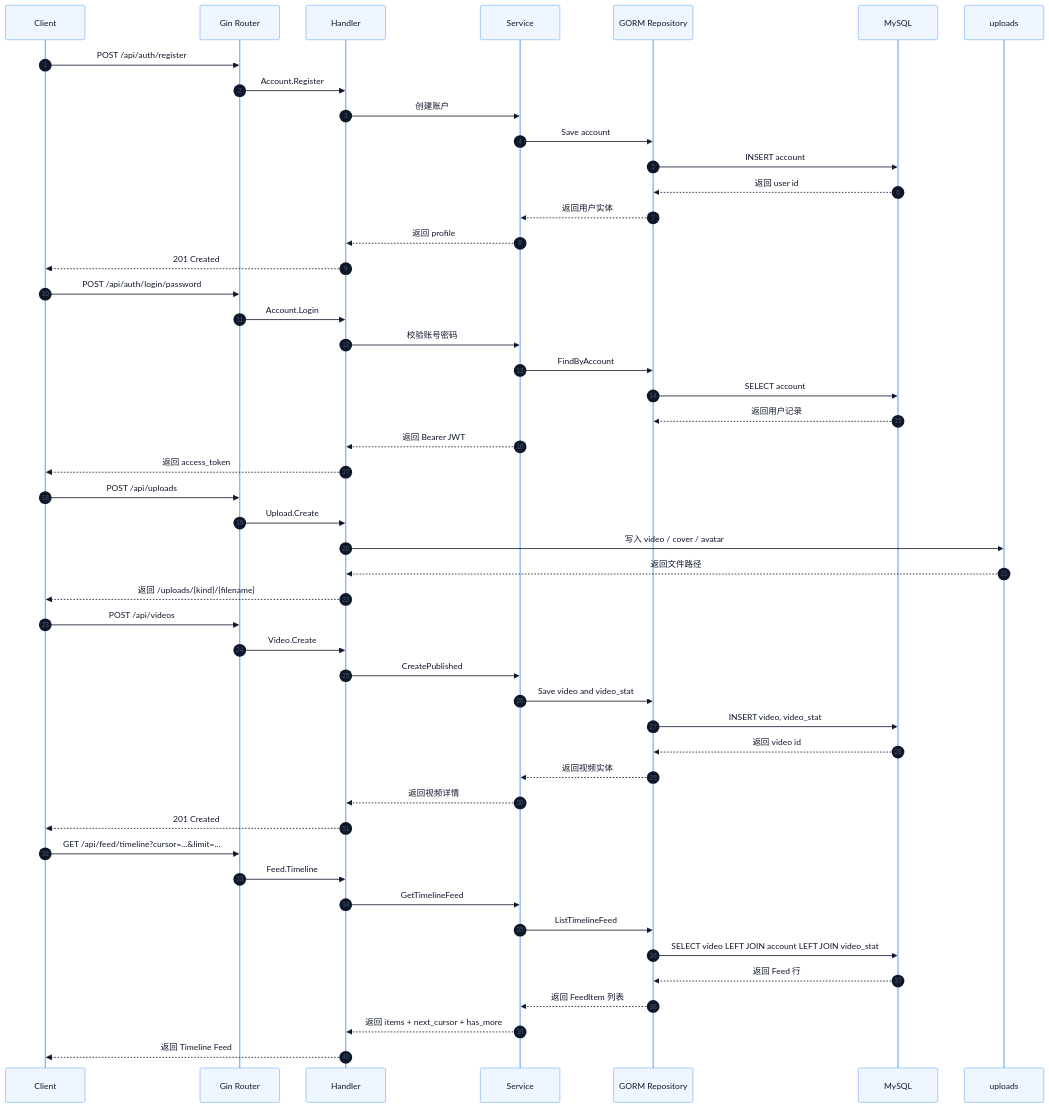
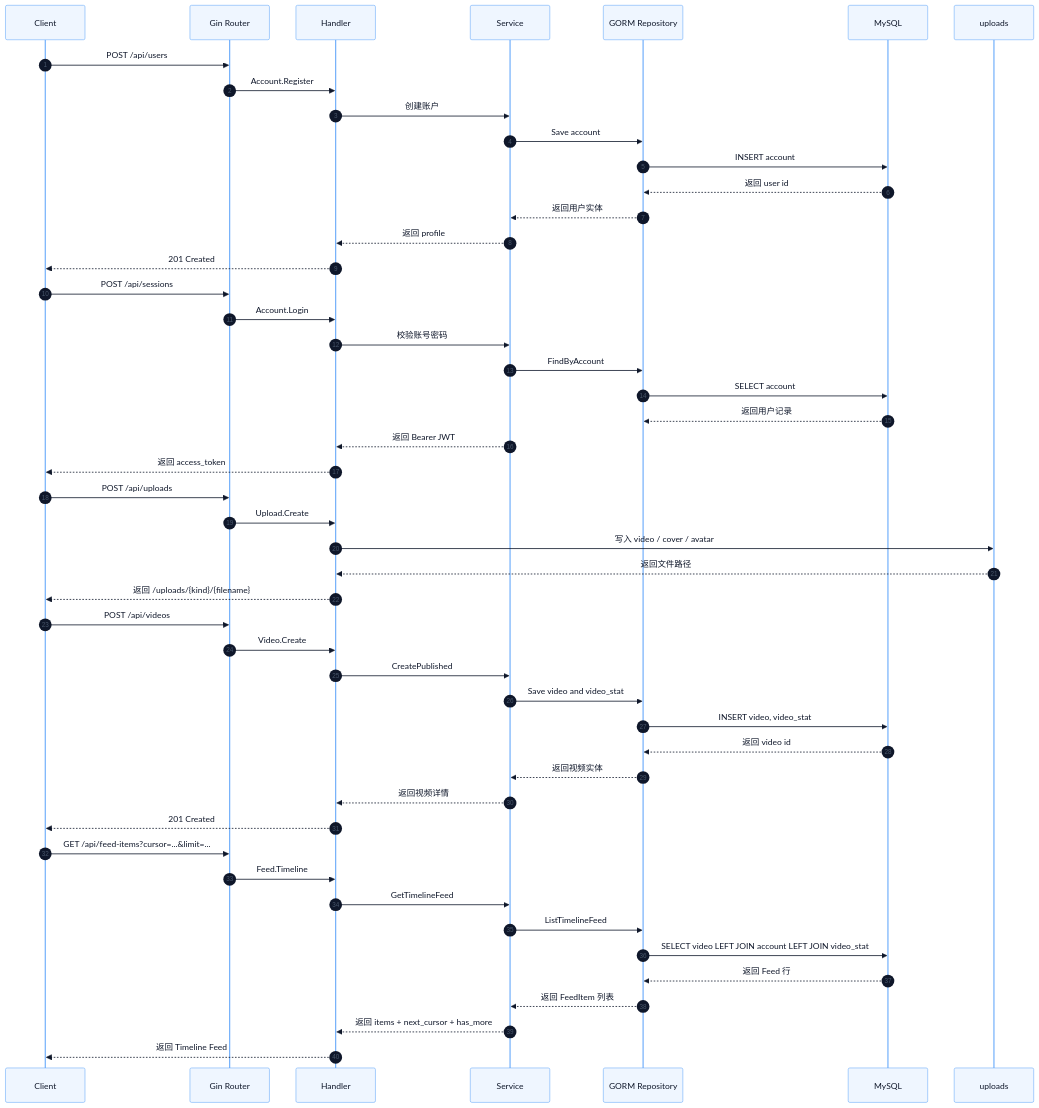
The third of 5 diagrams in docs/architecture.md (shiyudesu/frux), drawn with Mermaid before and after one commit. The commit also changed 14 other files, not shown here.

````diff
--- a/docs/architecture.md
+++ b/docs/architecture.md
@@ -119,71 +119,71 @@
 ```mermaid
 ---
 config:
   theme: base
   themeVariables:
     background: transparent
     fontFamily: Inter, PingFang SC, Microsoft YaHei, Arial
     primaryTextColor: "#0F172A"
     actorBkg: "#EFF6FF"
     actorBorder: "#60A5FA"
     actorTextColor: "#0F172A"
     activationBkgColor: "#DCFCE7"
     activationBorderColor: "#22C55E"
     sequenceNumberColor: "#475569"
     lineColor: "#94A3B8"
 ---
 sequenceDiagram
   autonumber
   participant C as Client
   participant R as Gin Router
   participant H as Handler
   participant S as Service
   participant Repo as GORM Repository
   participant DB as MySQL
   participant FS as uploads
 
-  C->>R: POST /api/auth/register
+  C->>R: POST /api/users
   R->>H: Account.Register
   H->>S: 创建账户
   S->>Repo: Save account
   Repo->>DB: INSERT account
   DB-->>Repo: 返回 user id
   Repo-->>S: 返回用户实体
   S-->>H: 返回 profile
   H-->>C: 201 Created
 
-  C->>R: POST /api/auth/login/password
+  C->>R: POST /api/sessions
   R->>H: Account.Login
   H->>S: 校验账号密码
   S->>Repo: FindByAccount
   Repo->>DB: SELECT account
   DB-->>Repo: 返回用户记录
   S-->>H: 返回 Bearer JWT
   H-->>C: 返回 access_token
 
   C->>R: POST /api/uploads
   R->>H: Upload.Create
   H->>FS: 写入 video / cover / avatar
   FS-->>H: 返回文件路径
   H-->>C: 返回 /uploads/{kind}/{filename}
 
   C->>R: POST /api/videos
   R->>H: Video.Create
   H->>S: CreatePublished
   S->>Repo: Save video and video_stat
   Repo->>DB: INSERT video, video_stat
   DB-->>Repo: 返回 video id
   Repo-->>S: 返回视频实体
   S-->>H: 返回视频详情
   H-->>C: 201 Created
 
-  C->>R: GET /api/feed/timeline?cursor=...&limit=...
+  C->>R: GET /api/feed-items?cursor=...&limit=...
   R->>H: Feed.Timeline
   H->>S: GetTimelineFeed
   S->>Repo: ListTimelineFeed
   Repo->>DB: SELECT video LEFT JOIN account LEFT JOIN video_stat
   DB-->>Repo: 返回 Feed 行
   Repo-->>S: 返回 FeedItem 列表
   S-->>H: 返回 items + next_cursor + has_more
   H-->>C: 返回 Timeline Feed
 ```
````
